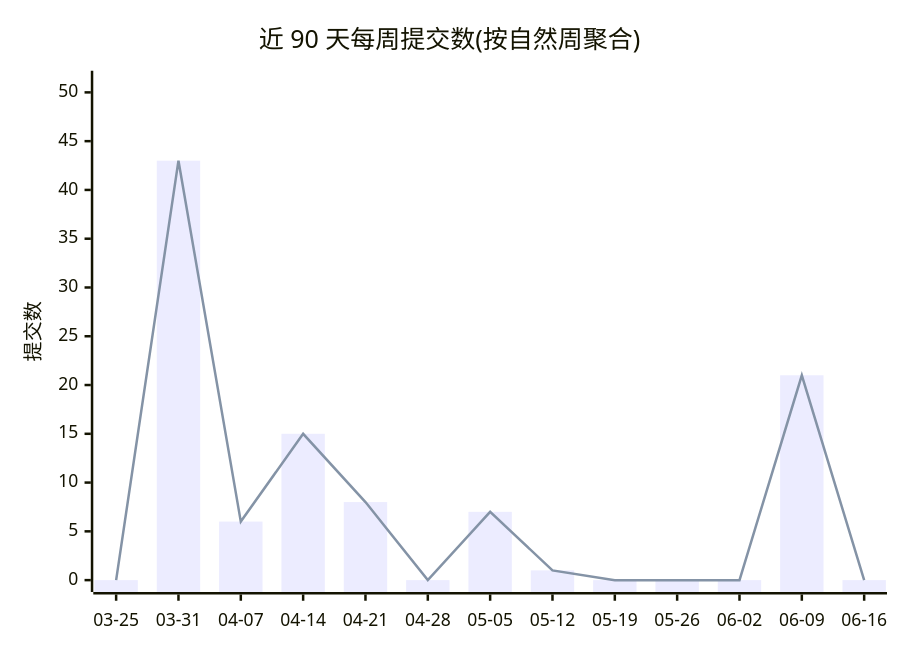
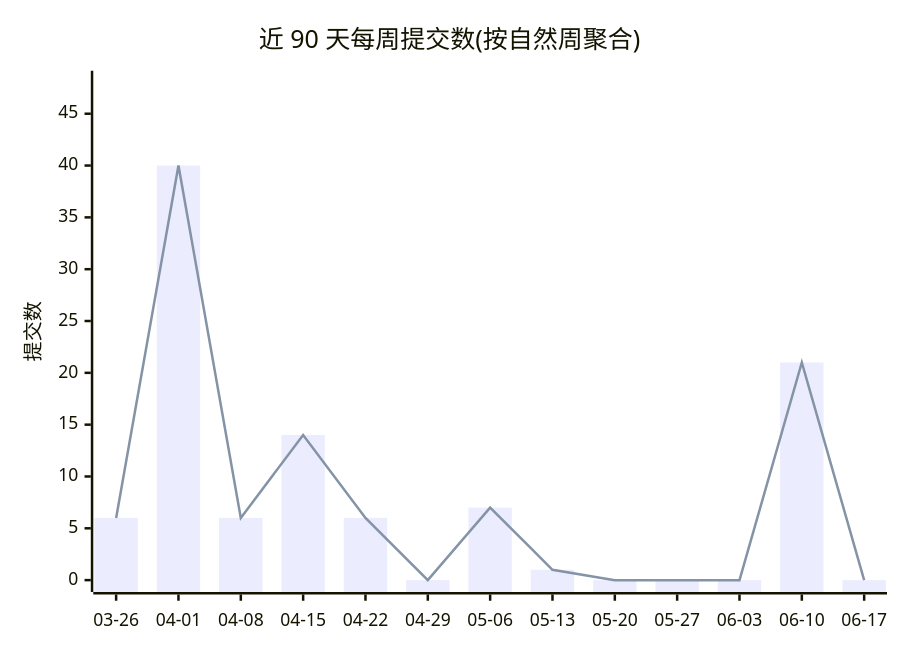
Before and after one commit to Conflux-Union/.github: the first of 2 diagrams in profile/README.md, drawn with Mermaid. The commit also changed other lines of this file and 1 other file, not shown here.

Commit message:
chore(stats): refresh org commit stats

````diff
--- a/profile/README.md
+++ b/profile/README.md
@@ -44,8 +44,8 @@
 ```mermaid
 xychart-beta
     title "近 90 天每周提交数(按自然周聚合)"
-    x-axis ["03-25", "03-31", "04-07", "04-14", "04-21", "04-28", "05-05", "05-12", "05-19", "05-26", "06-02", "06-09", "06-16"]
-    y-axis "提交数" 0 --> 51
-    bar [0, 43, 6, 15, 8, 0, 7, 1, 0, 0, 0, 21, 0]
-    line [0, 43, 6, 15, 8, 0, 7, 1, 0, 0, 0, 21, 0]
+    x-axis ["03-26", "04-01", "04-08", "04-15", "04-22", "04-29", "05-06", "05-13", "05-20", "05-27", "06-03", "06-10", "06-17"]
+    y-axis "提交数" 0 --> 48
+    bar [6, 40, 6, 14, 6, 0, 7, 1, 0, 0, 0, 21, 0]
+    line [6, 40, 6, 14, 6, 0, 7, 1, 0, 0, 0, 21, 0]
 ```
````
